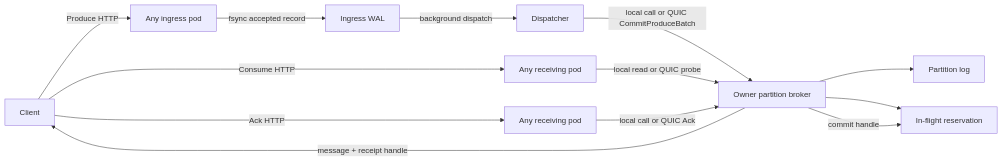
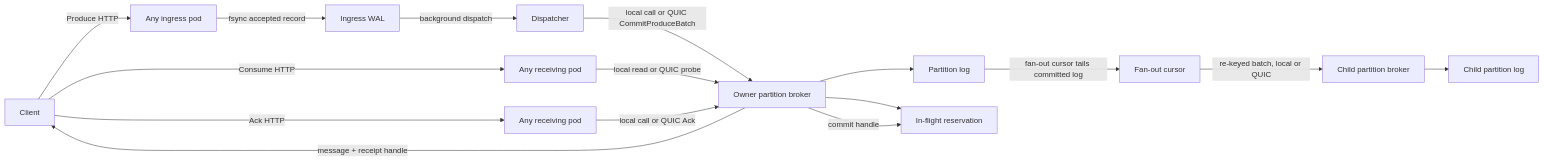
The fifth of 5 diagrams in PCA_FLOWS.md (DebanganThakuria/narad), drawn with Mermaid before and after one commit. The commit also changed other lines of this file and 83 other files, not shown here.

First line of the commit message:
Topic fan-out: parent → child replication, keyed records, retention floor (#68)

````diff
--- a/PCA_FLOWS.md
+++ b/PCA_FLOWS.md
@@ -152,17 +192,21 @@
 ```mermaid
 flowchart LR
     C[Client] -->|Produce HTTP| I[Any ingress pod]
     I -->|fsync accepted record| W[Ingress WAL]
     W -->|background dispatch| D[Dispatcher]
     D -->|local call or QUIC CommitProduceBatch| O[Owner partition broker]
     O --> L[Partition log]
 
     C -->|Consume HTTP| R[Any receiving pod]
     R -->|local read or QUIC probe| O
     O --> F[In-flight reservation]
     O -->|message + receipt handle| C
 
     C -->|Ack HTTP| A[Any receiving pod]
     A -->|local call or QUIC Ack| O
     O -->|commit handle| F
+
+    L -->|fan-out cursor tails committed log| FO[Fan-out cursor]
+    FO -->|re-keyed batch, local or QUIC| CO[Child partition broker]
+    CO --> CL[Child partition log]
 ```
````
